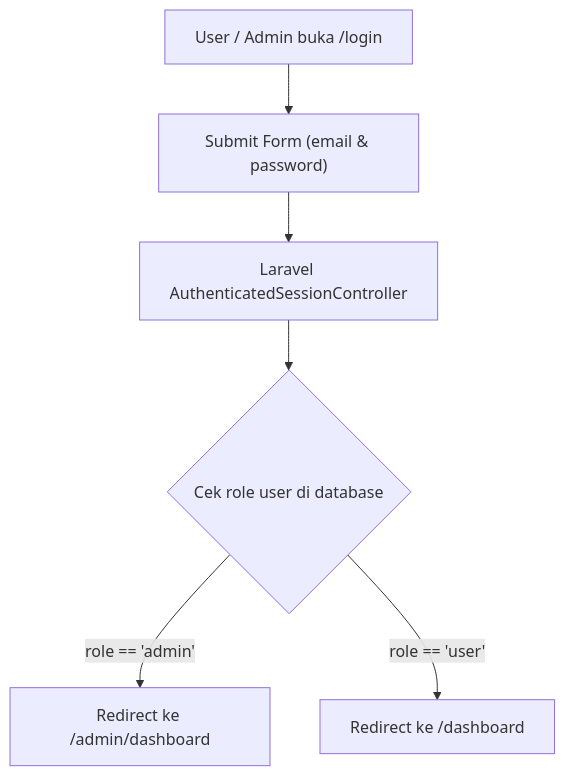
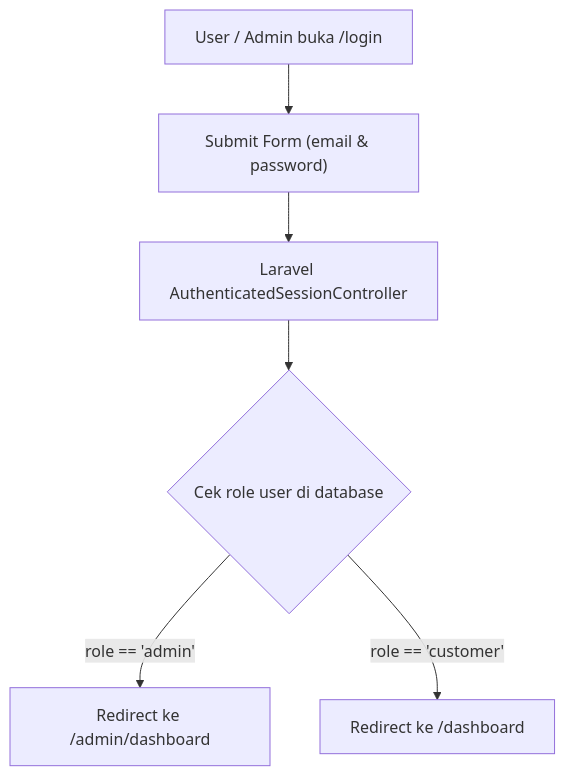
The diagram in docs/01_ARCHITECTURE_AND_TECH_STACK.md (riadysandi/UndanganDigital), drawn with Mermaid before and after one commit. The commit also changed other lines of this file and 41 other files, not shown here.

````diff
--- a/docs/01_ARCHITECTURE_AND_TECH_STACK.md
+++ b/docs/01_ARCHITECTURE_AND_TECH_STACK.md
@@ -25,8 +25,8 @@
 ```mermaid
 flowchart TD
     A["User / Admin buka /login"] --> B["Submit Form (email & password)"]
     B --> C["Laravel AuthenticatedSessionController"]
     C --> D{"Cek role user di database"}
     D -->|role == 'admin'| E["Redirect ke /admin/dashboard"]
-    D -->|role == 'user'| F["Redirect ke /dashboard"]
+    D -->|role == 'customer'| F["Redirect ke /dashboard"]
 ```
````
